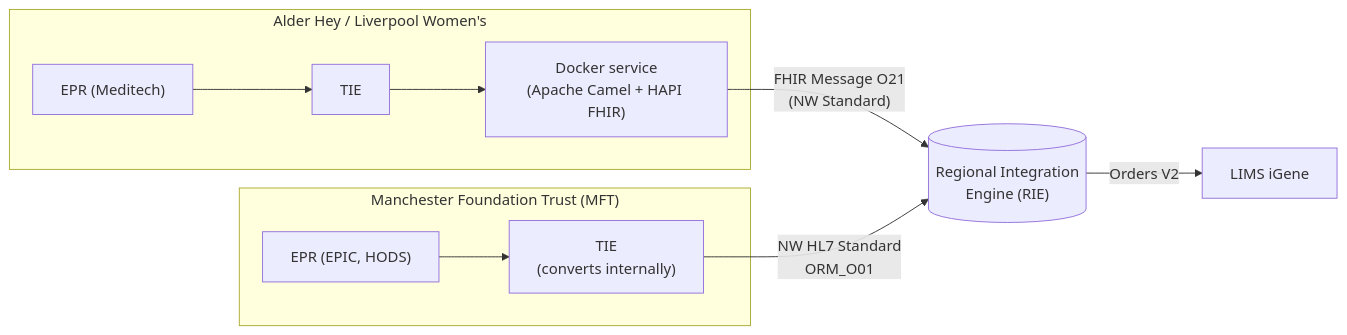
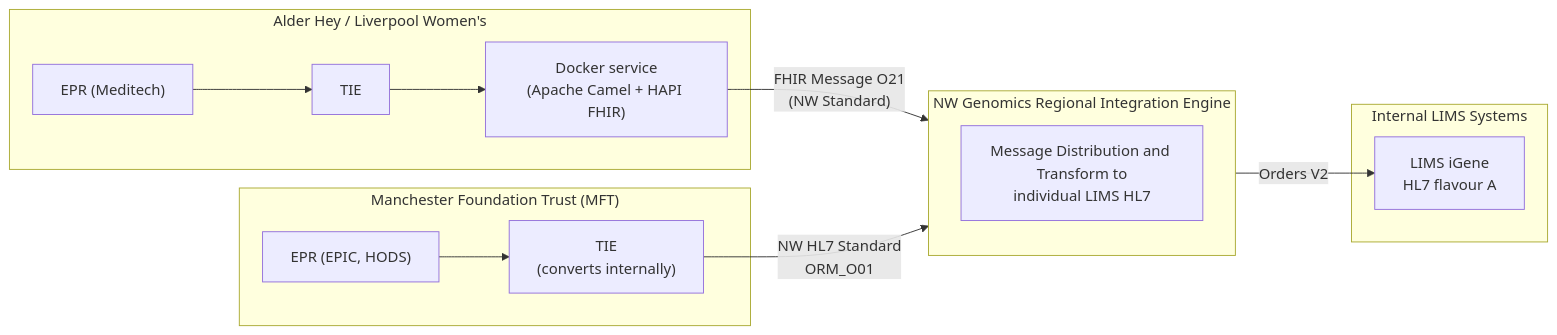
One commit to nw-gmsa/nw-gmsa.github.com changed the second of 3 diagrams in input/pagecontent/RegionalOrdersAndReports.md. Above: the diagram before and after it, drawn with Mermaid.

Commit message:
Expand Order Process diagram to show RIE internals and LIMS iGene
Adds the LIMS and RIE subgraphs (mirroring the Report Process diagram)
so the Order Process diagram shows the order reaching iGene through
the RIE's message distribution step. Drops the separate cylinder-shaped
RIE node in favour of routing the two inbound edges directly to the
RIE subgraph, since a node and a subgraph can't share a Mermaid id.

Claude-Session: https://claude.ai/code/session_01N5972Py1sak9wchLVU9DqB

````diff
--- a/input/pagecontent/RegionalOrdersAndReports.md
+++ b/input/pagecontent/RegionalOrdersAndReports.md
@@ -88,12 +88,21 @@
 ```mermaid
 flowchart LR
     subgraph AH["Alder Hey / Liverpool Women's"]
         EPR1["EPR (Meditech)"] --> TIE1[TIE] --> Conv["Docker service<br/>(Apache Camel + HAPI FHIR)"]
     end
     subgraph MFT["Manchester Foundation Trust (MFT)"]
         EPR2["EPR (EPIC, HODS)"] --> TIE2["TIE<br/>(converts internally)"]
     end
-    Conv -- "FHIR Message O21<br/>(NW Standard)" --> RIE[("Regional Integration<br/>Engine (RIE)")]
+    Conv -- "FHIR Message O21<br/>(NW Standard)" --> RIE
     TIE2 -- "NW HL7 Standard<br/>ORM_O01" --> RIE
-    RIE -- "Orders V2" --> L1[LIMS iGene]
+
+    subgraph LIMS["Internal LIMS Systems"]
+        L1[LIMS iGene<br/>HL7 flavour A]
+    end
+
+    subgraph RIE["NW Genomics Regional Integration Engine"]
+        direction TB
+        T[Message Distribution and Transform to<br/>individual LIMS HL7]
+    end
+    RIE -- "Orders V2" --> L1
 ```
````
